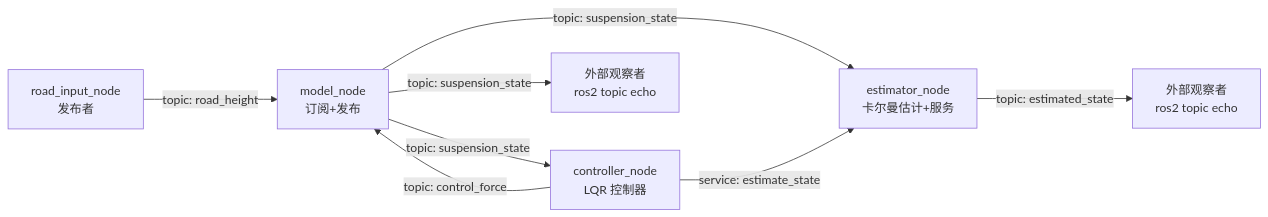
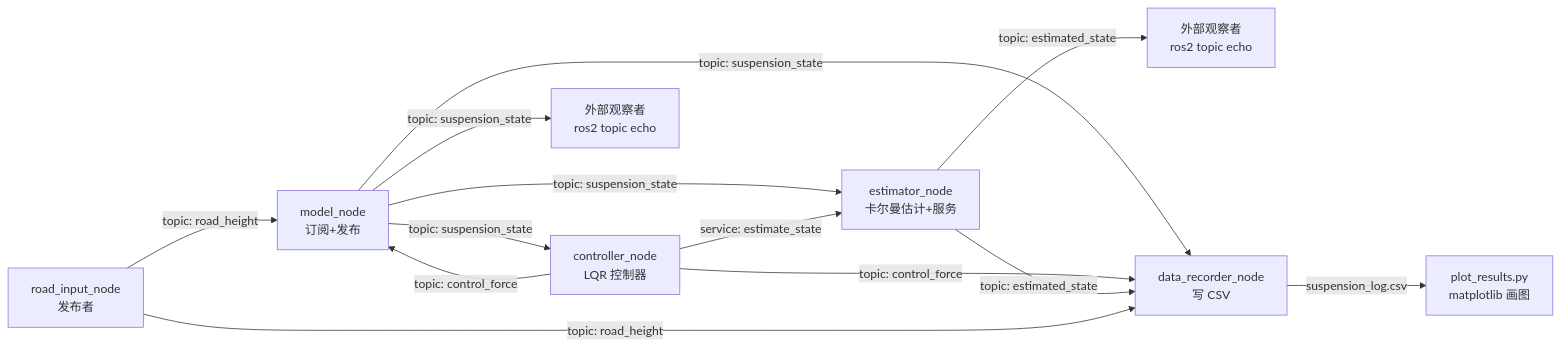
Before and after one commit to lilctrbl/ros2cplus_suspension_sim: the first of 2 diagrams in RUNNING.md, drawn with Mermaid. The commit also changed other lines of this file and 7 other files, not shown here.

First line of the commit message:
feat: add data recorder node and matplotlib plotting (v2.4)

````diff
--- a/RUNNING.md
+++ b/RUNNING.md
@@ -40,10 +43,15 @@
 ```mermaid
 graph LR
     A[road_input_node<br/>发布者] -->|topic: road_height| C[model_node<br/>订阅+发布]
     C -->|topic: suspension_state| D[controller_node<br/>LQR 控制器]
     C -->|topic: suspension_state| E[estimator_node<br/>卡尔曼估计+服务]
     D -->|topic: control_force| C
     D -->|service: estimate_state| E
     E -->|topic: estimated_state| F[外部观察者<br/>ros2 topic echo]
     C -->|topic: suspension_state| G[外部观察者<br/>ros2 topic echo]
+    C -->|topic: suspension_state| H[data_recorder_node<br/>写 CSV]
+    D -->|topic: control_force| H
+    E -->|topic: estimated_state| H
+    A -->|topic: road_height| H
+    H -->|suspension_log.csv| I[plot_results.py<br/>matplotlib 画图]
 ```
````
